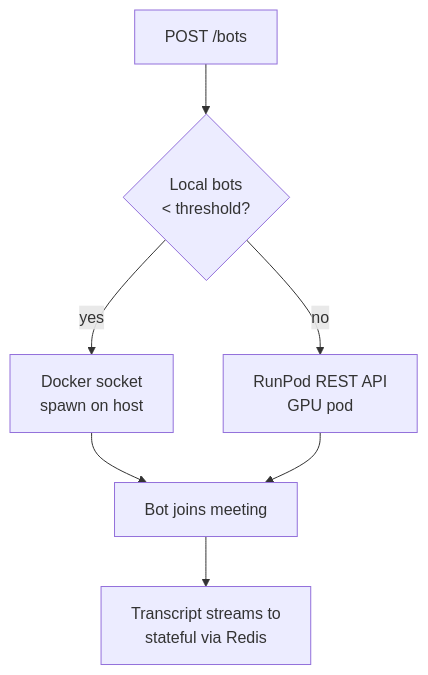
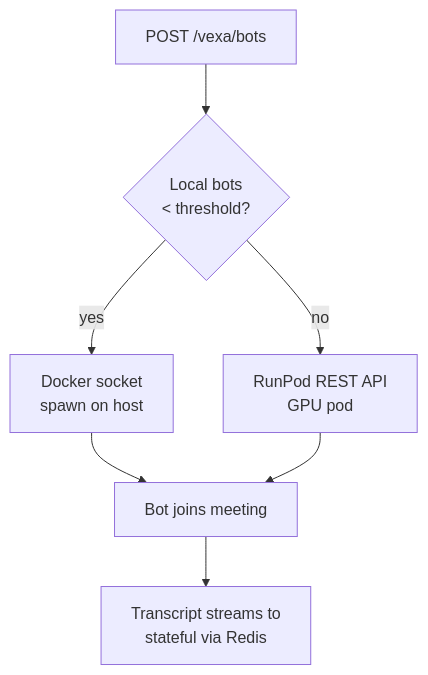
Before and after one commit to kioku-org/kioku: the second of 2 diagrams in docs/deployment/runpod.md, drawn with Mermaid. The commit also changed other lines of this file and 45 other files, not shown here.

````diff
--- a/docs/deployment/runpod.md
+++ b/docs/deployment/runpod.md
@@ -78,8 +110,8 @@
 ```mermaid
 flowchart TD
-    A[POST /bots] --> B{Local bots\n< threshold?}
+    A[POST /vexa/bots] --> B{Local bots\n< threshold?}
     B -- yes --> C[Docker socket\nspawn on host]
     B -- no --> D[RunPod REST API\nGPU pod]
     C & D --> E[Bot joins meeting]
     E --> F[Transcript streams to\nstateful via Redis]
 ```
````
